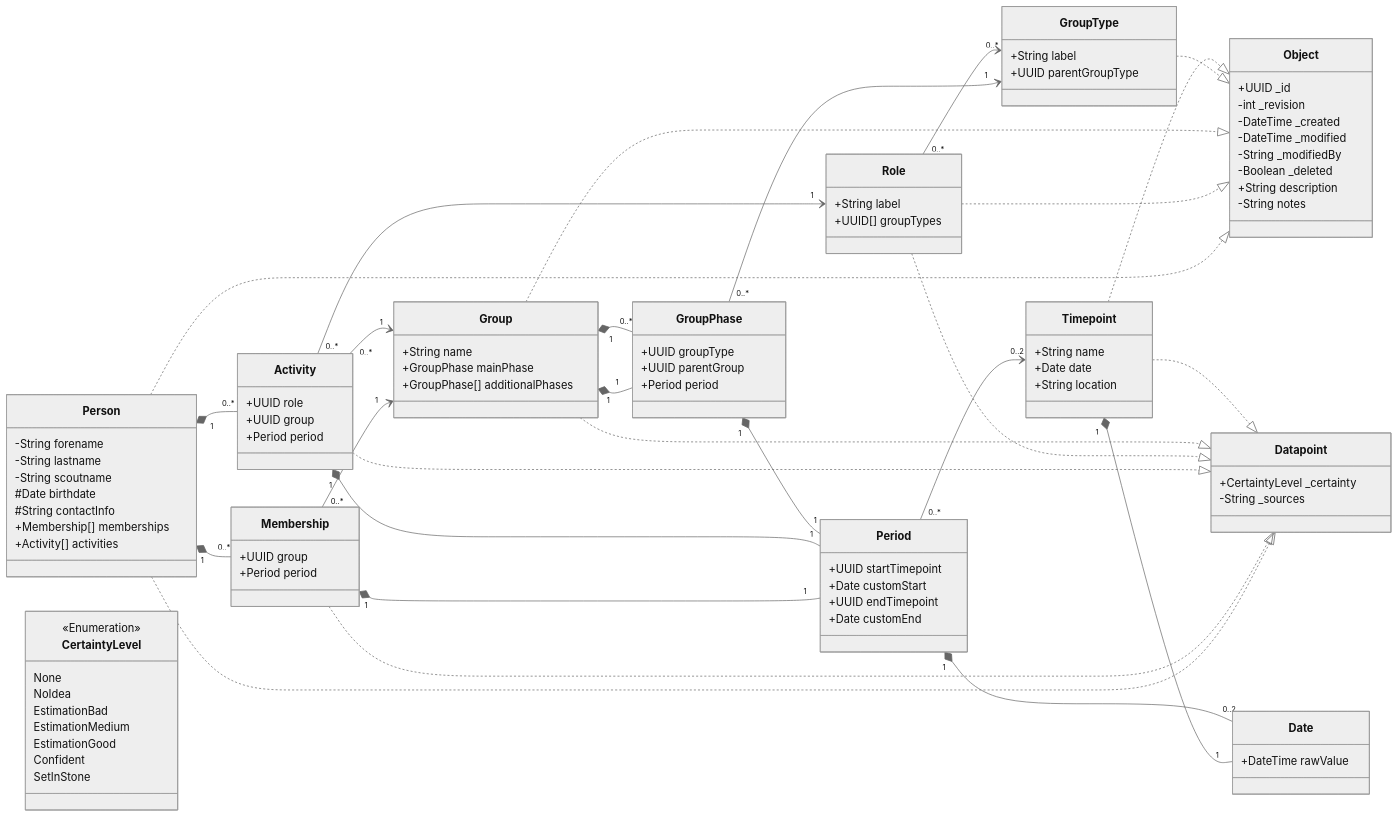
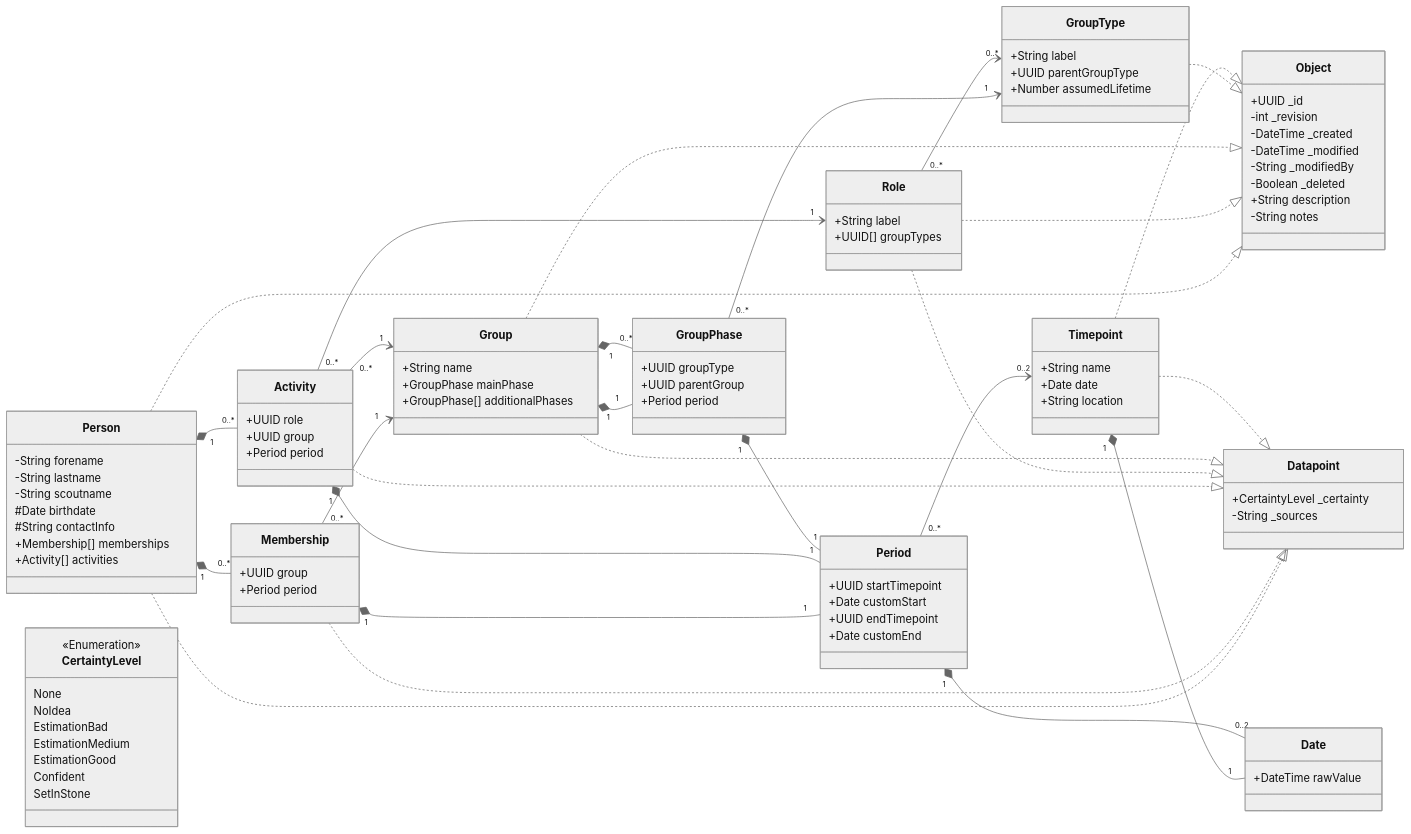
One commit to jrichter42/StammbaumDerVaganten changed the diagram in README.md. Above: the diagram before and after it, drawn with Mermaid (neutral theme). The commit also changed 2 other files, not shown here.

Commit message:
feat: assumed lifetime

```diff
--- a/README.md
+++ b/README.md
@@ -157,6 +157,8 @@
 class GroupType {
   +String label
   +UUID parentGroupType
+  %% Years (0 = no assumption); used as implicit end for phases missing end date
+  +Number assumedLifetime
 }
 GroupType ..|> Object
 
```
